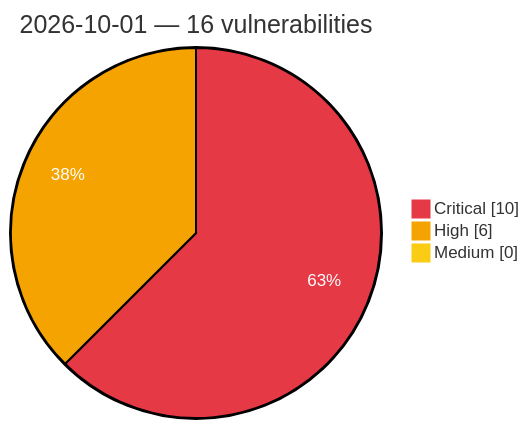
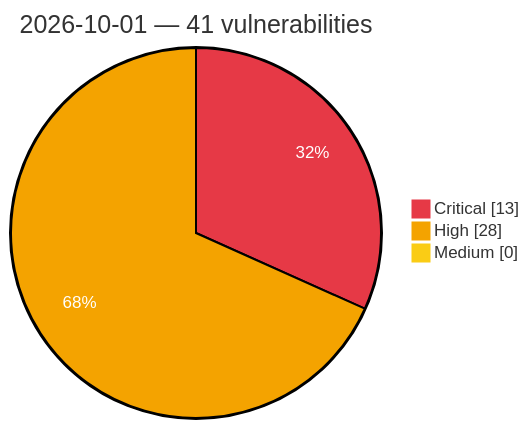
One commit to GhostX0X/vuln-tracker changed the diagram in vulnerabilities/2026/October/2026-10-01.md. Above: the diagram before and after it, drawn with Mermaid. The commit also changed other lines of this file and 5 other files, not shown here.

Commit message:
Auto update: critical/high vulns (2026-10-01 16:00 UTC)

````diff
--- a/vulnerabilities/2026/October/2026-10-01.md
+++ b/vulnerabilities/2026/October/2026-10-01.md
@@ -3,8 +3,8 @@
 ```mermaid
 %%{init: {'theme':'base', 'themeVariables': {'pie1':'#e63946', 'pie2':'#f4a300', 'pie3':'#facc15', 'pieOpacity':'1', 'pieOuterStrokeWidth':'2px', 'pieSectionTextColor':'#ffffff'}}}%%
 pie showData
-    title 2026-10-01 — 16 vulnerabilities
-    "Critical" : 10
-    "High" : 6
+    title 2026-10-01 — 41 vulnerabilities
+    "Critical" : 13
+    "High" : 28
     "Medium" : 0
 ```
````
